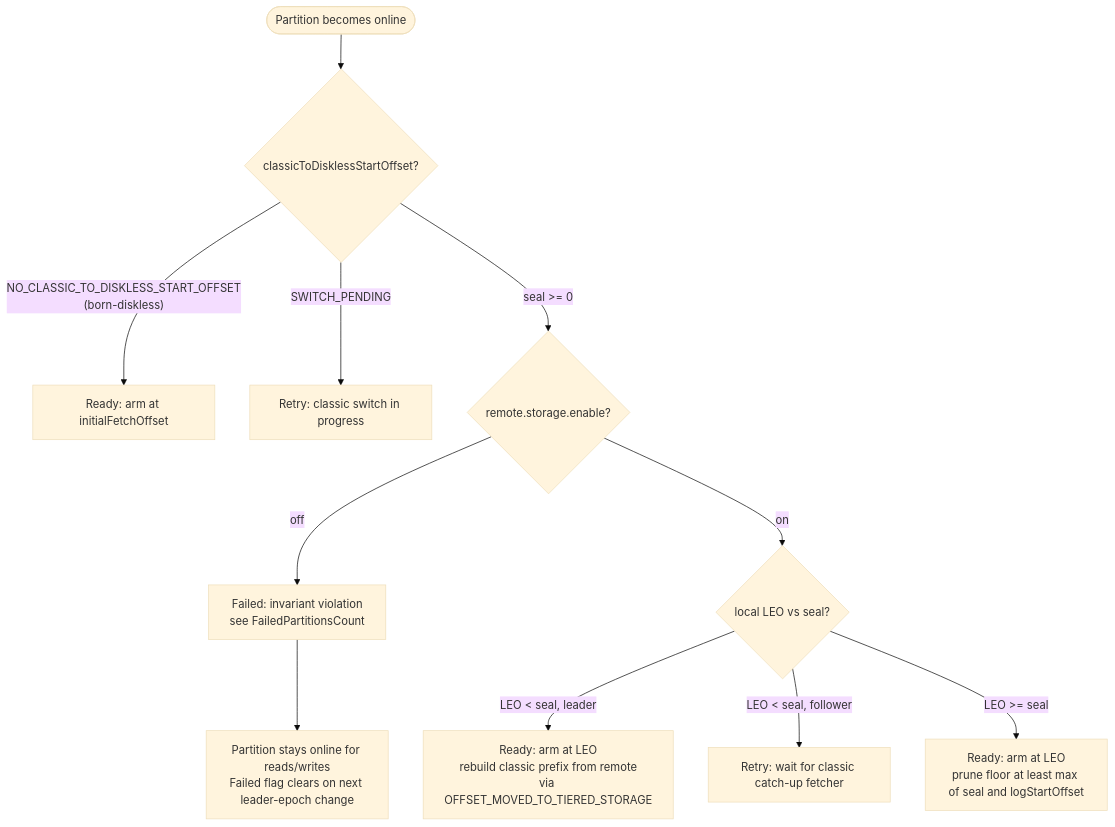
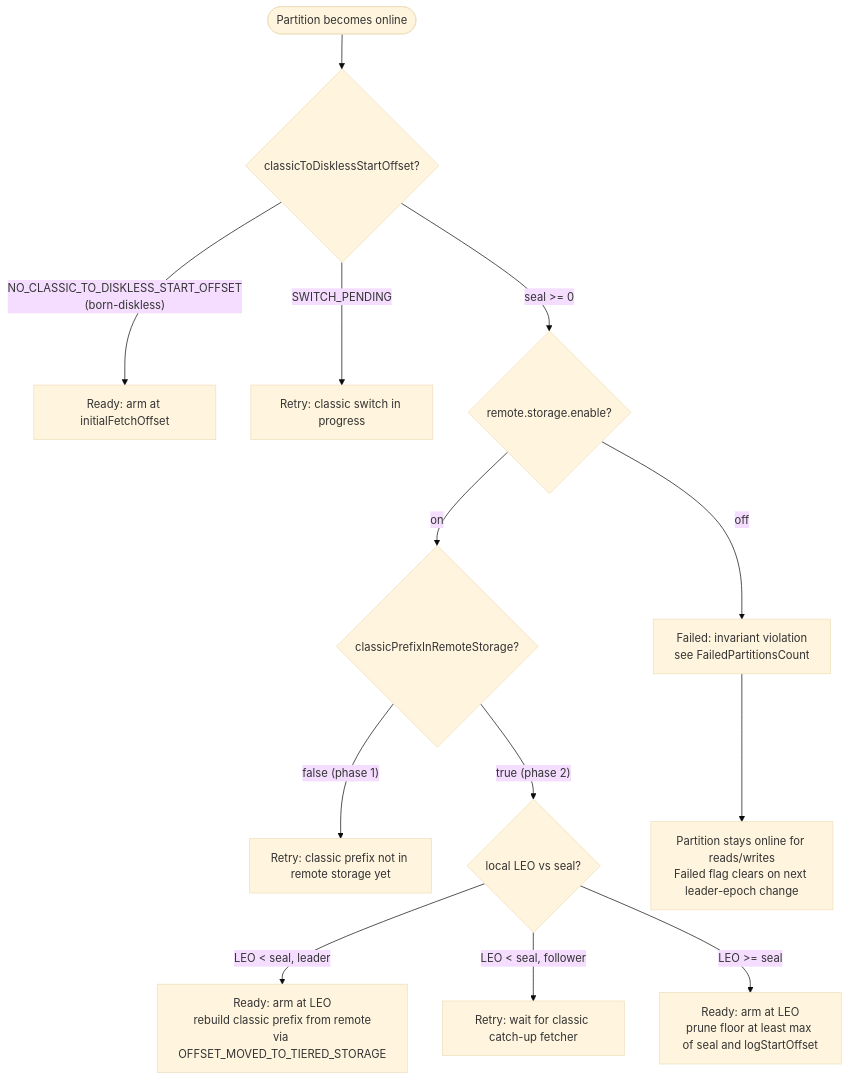
One commit to aiven/inkless changed the second of 2 diagrams in docs/inkless/DISKLESS_CONSOLIDATION.md. Above: the diagram before and after it, drawn with Mermaid (base theme). The commit also changed 12 other files, not shown here.

````diff
--- a/docs/inkless/DISKLESS_CONSOLIDATION.md
+++ b/docs/inkless/DISKLESS_CONSOLIDATION.md
@@ -238,13 +238,15 @@
 ```mermaid
 flowchart TD
     start([Partition becomes online]) --> seal{classicToDisklessStartOffset?}
     seal -- "NO_CLASSIC_TO_DISKLESS_START_OFFSET\n(born-diskless)" --> ready[Ready: arm at initialFetchOffset]
     seal -- "SWITCH_PENDING" --> retry[Retry: classic switch in progress]
     seal -- "seal >= 0" --> remote{remote.storage.enable?}
     remote -- "off" --> failed[Failed: invariant violation\nsee FailedPartitionsCount]
-    remote -- "on" --> leo{local LEO vs seal?}
+    remote -- "on" --> phase{classicPrefixInRemoteStorage?}
+    phase -- "false (phase 1)" --> retry3[Retry: classic prefix not in remote storage yet]
+    phase -- "true (phase 2)" --> leo{local LEO vs seal?}
     leo -- "LEO < seal, leader" --> rebuild[Ready: arm at LEO\nrebuild classic prefix from remote\nvia OFFSET_MOVED_TO_TIERED_STORAGE]
     leo -- "LEO < seal, follower" --> retry2[Retry: wait for classic catch-up fetcher]
     leo -- "LEO >= seal" --> resume[Ready: arm at LEO\nprune floor at least max of seal and logStartOffset]
     failed --> fenced[Partition stays online for reads/writes\nFailed flag clears on next leader-epoch change]
 ```
````
